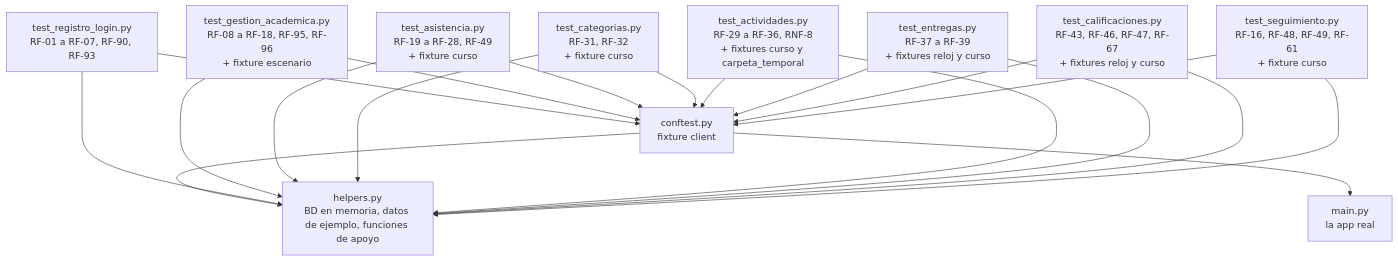
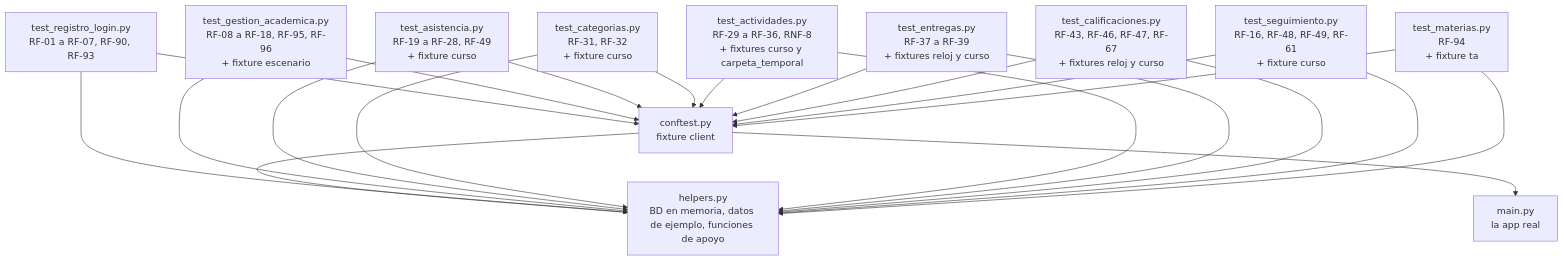
Before and after one commit to Huitrado/SEPA: the diagram in docs/backend/07-pruebas.md, drawn with Mermaid. The commit also changed other lines of this file and 6 other files, not shown here.

````diff
--- a/docs/backend/07-pruebas.md
+++ b/docs/backend/07-pruebas.md
@@ -50,21 +50,23 @@
 ```mermaid
 flowchart TD
     C["conftest.py<br/>fixture client"] --> H["helpers.py<br/>BD en memoria, datos de ejemplo, funciones de apoyo"]
     C --> M["main.py<br/>la app real"]
     T1["test_registro_login.py<br/>RF-01 a RF-07, RF-90, RF-93"] --> C
     T1 --> H
     T2["test_gestion_academica.py<br/>RF-08 a RF-18, RF-95, RF-96<br/>+ fixture escenario"] --> C
     T2 --> H
     T3["test_asistencia.py<br/>RF-19 a RF-28, RF-49<br/>+ fixture curso"] --> C
     T3 --> H
     T4["test_categorias.py<br/>RF-31, RF-32<br/>+ fixture curso"] --> C
     T4 --> H
     T5["test_actividades.py<br/>RF-29 a RF-36, RNF-8<br/>+ fixtures curso y carpeta_temporal"] --> C
     T5 --> H
     T6["test_entregas.py<br/>RF-37 a RF-39<br/>+ fixtures reloj y curso"] --> C
     T6 --> H
     T7["test_calificaciones.py<br/>RF-43, RF-46, RF-47, RF-67<br/>+ fixtures reloj y curso"] --> C
     T7 --> H
     T8["test_seguimiento.py<br/>RF-16, RF-48, RF-49, RF-61<br/>+ fixture curso"] --> C
     T8 --> H
+    T9["test_materias.py<br/>RF-94<br/>+ fixture ta"] --> C
+    T9 --> H
 ```
````
